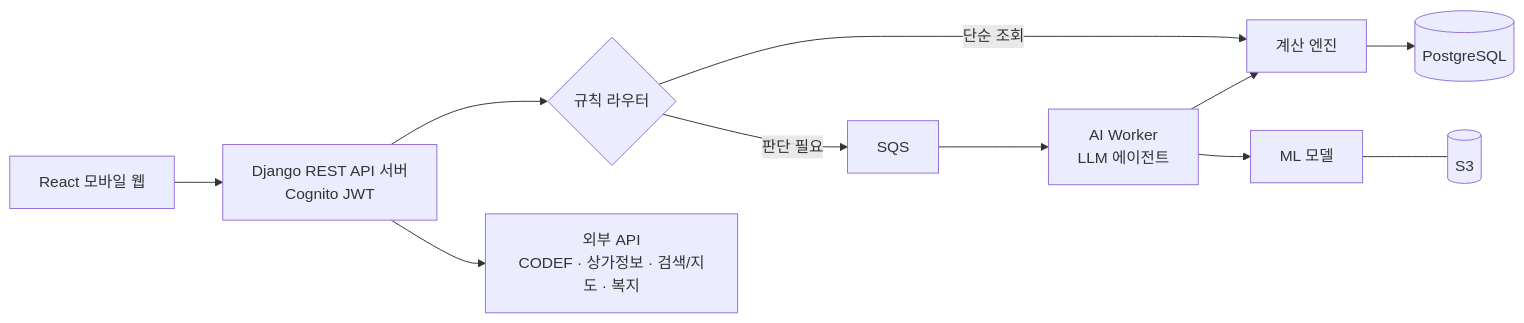
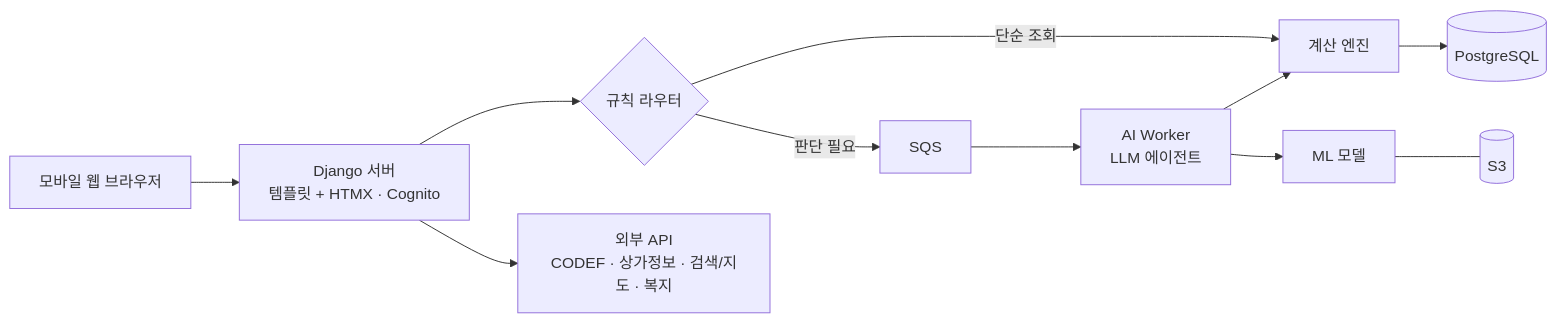
One commit to 20260528-skn-family-ai-33/SKN33-Final-4Team changed the diagram in README.md. Above: the diagram before and after it, drawn with Mermaid. The commit also changed other lines of this file and 6 other files, not shown here.

````diff
--- a/README.md
+++ b/README.md
@@ -48,12 +48,12 @@
 ```mermaid
 flowchart LR
-    U[React 모바일 웹] --> API[Django REST API 서버<br/>Cognito JWT]
+    U[모바일 웹 브라우저] --> API[Django 서버<br/>템플릿 + HTMX · Cognito]
     API --> R{규칙 라우터}
     R -- 단순 조회 --> E[계산 엔진]
     R -- 판단 필요 --> Q[SQS] --> W[AI Worker<br/>LLM 에이전트]
     W --> E
     W --> ML[ML 모델]
     E --> DB[(PostgreSQL)]
     ML --- S3[(S3)]
     API --> EXT[외부 API<br/>CODEF · 상가정보 · 검색/지도 · 복지]
 ```
````
